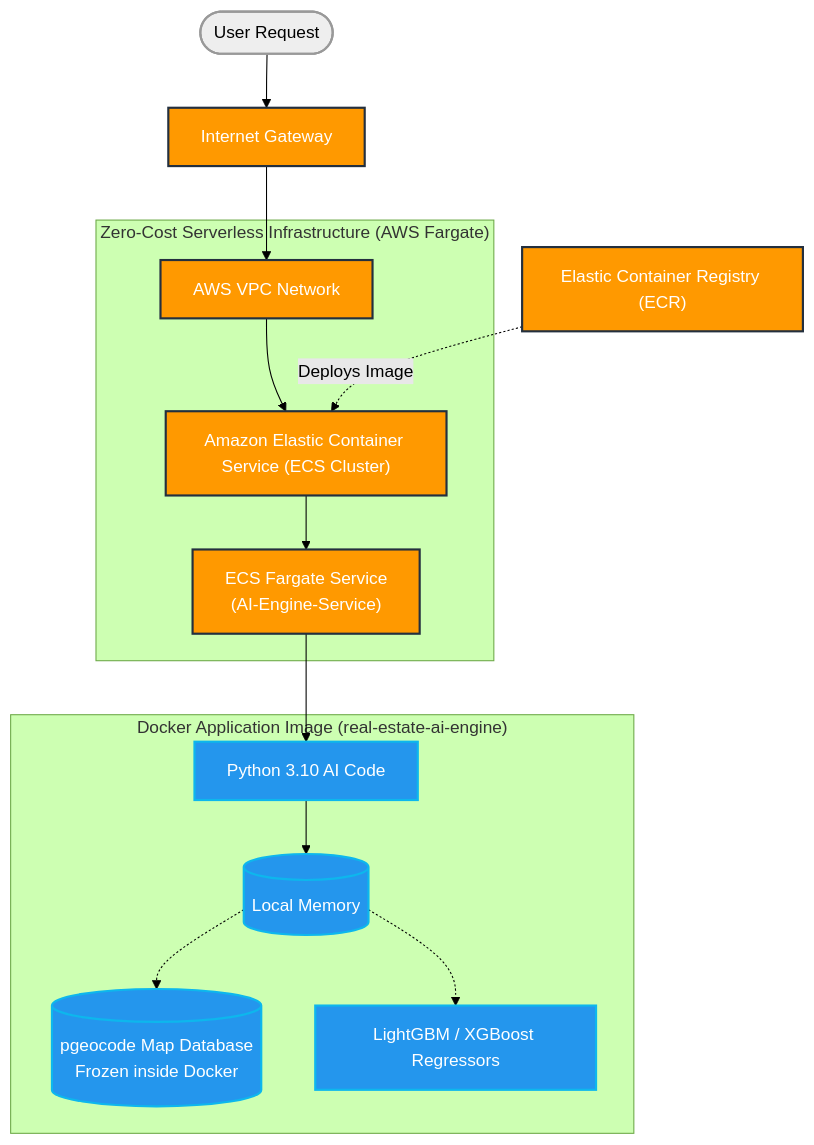
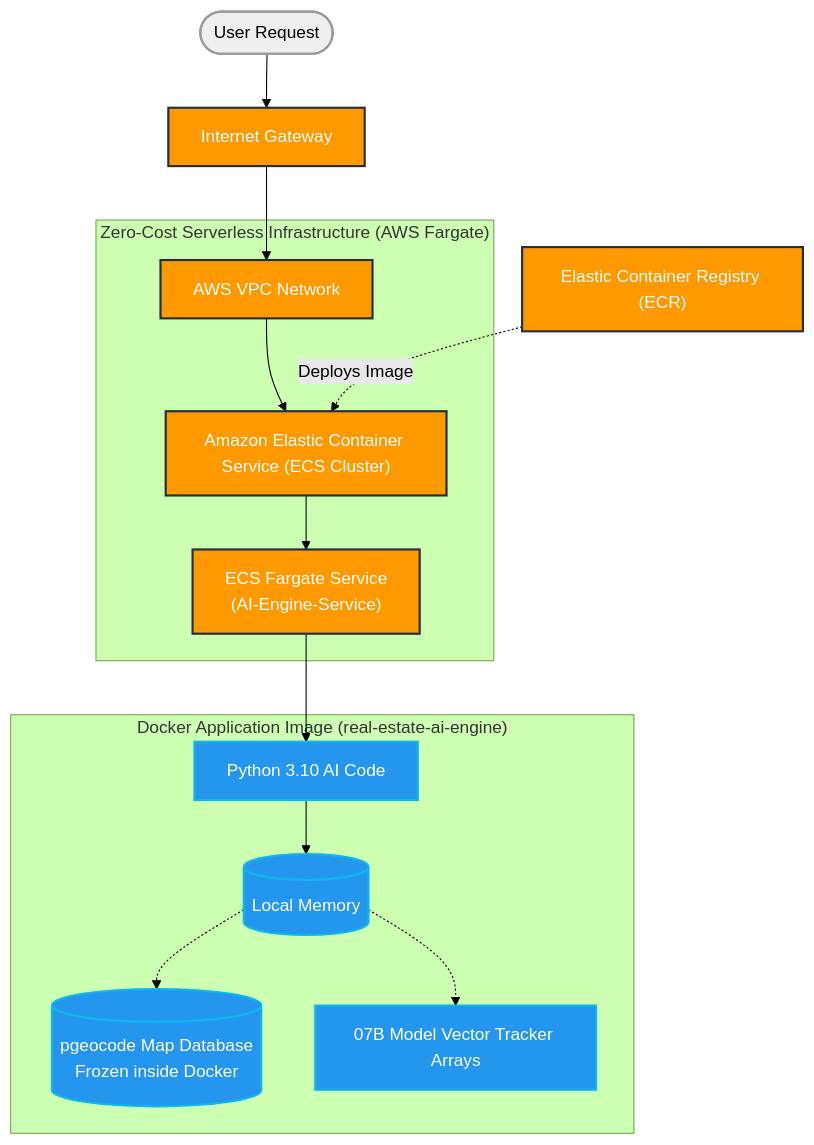
One commit to SuyeshaMitra/Real_Estate_Demand_Estmation changed the diagram in AWS_DEPLOYMENT.md. Above: the diagram before and after it, drawn with Mermaid (forest theme). The commit also changed other lines of this file and 1 other file, not shown here.

````diff
--- a/AWS_DEPLOYMENT.md
+++ b/AWS_DEPLOYMENT.md
@@ -11,27 +74,27 @@
 ```mermaid
 graph TD
     classDef aws fill:#FF9900,stroke:#232F3E,stroke-width:2px,color:white;
     classDef docker fill:#2496ED,stroke:#0db7ed,stroke-width:2px,color:white;
     classDef external fill:#EEEEEE,stroke:#999999,stroke-width:2px;
 
     User(["User Request"]) --> IGW["Internet Gateway"]
     IGW --> VPC["AWS VPC Network"]
     
     subgraph "Zero-Cost Serverless Infrastructure (AWS Fargate)"
         VPC --> ECS["Amazon Elastic Container Service (ECS Cluster)"]
         ECS --> Service["ECS Fargate Service<br/>(AI-Engine-Service)"]
     end
     
     subgraph "Docker Application Image (real-estate-ai-engine)"
         Service --> App["Python 3.10 AI Code"]
         App --> Models[("Local Memory")]
         Models -.-> pgeocode[("pgeocode Map Database<br/>Frozen inside Docker")]
-        Models -.-> ML["LightGBM / XGBoost Regressors"]
+        Models -.-> ML["07B Model Vector Tracker Arrays"]
     end
 
     ECR["Elastic Container Registry (ECR)"] -.->|Deploys Image| ECS
     
     class IGW,VPC,ECS,Service,ECR aws;
     class App,Models,pgeocode,ML docker;
     class User external;
 ```
````
